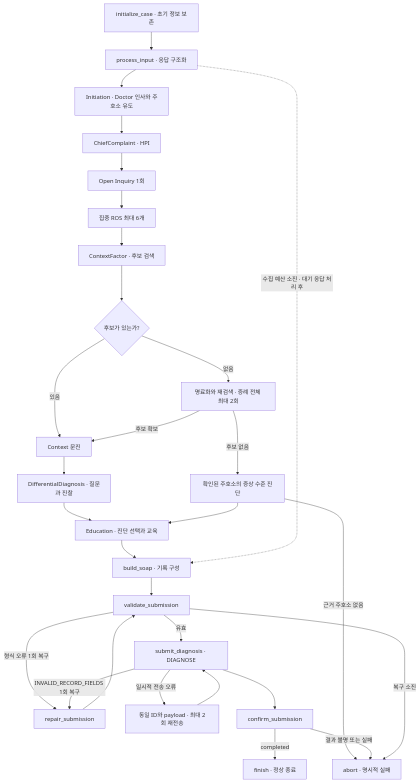
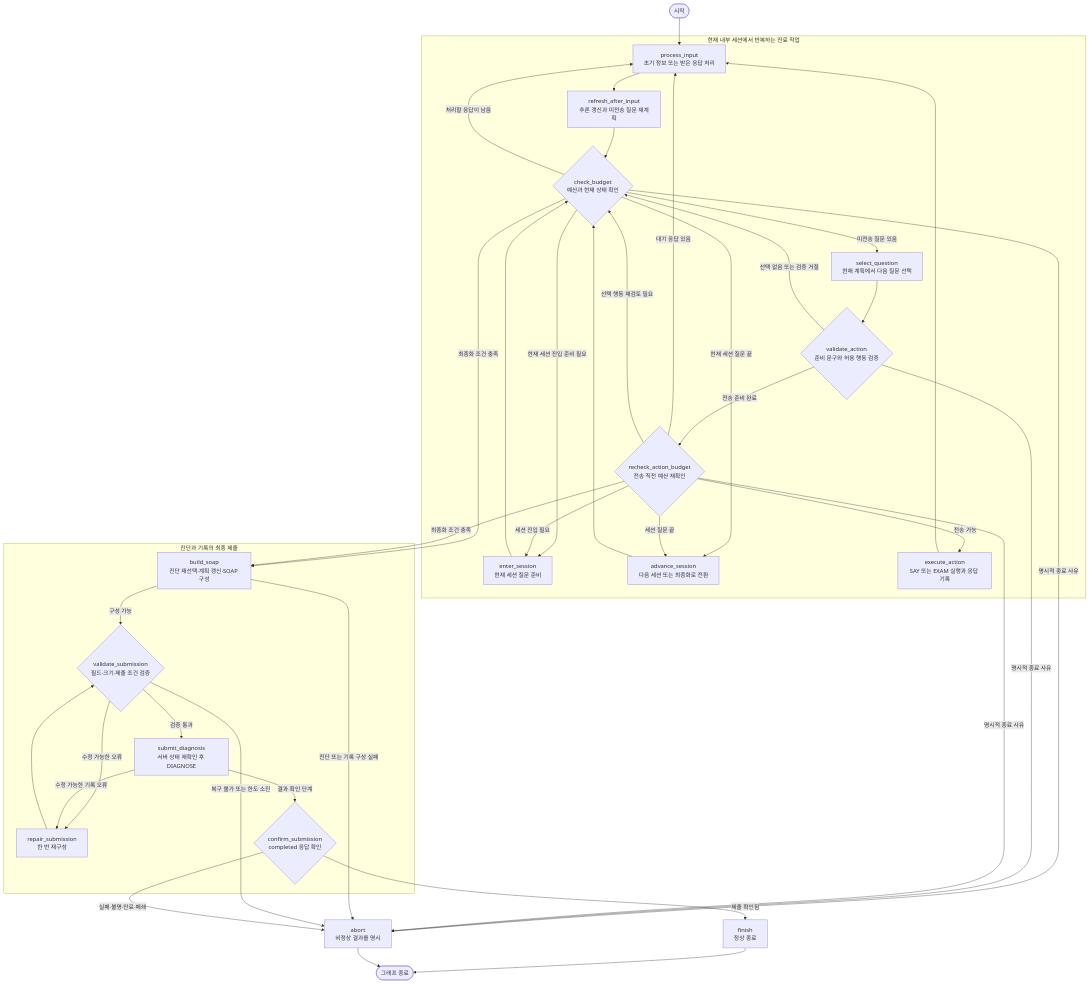
The first of 12 diagrams in submission/README.md (devRestain/Ontoward), drawn with Mermaid before and after one commit. The commit also changed other lines of this file and 475 other files, not shown here.

````diff
--- a/submission/README.md
+++ b/submission/README.md
@@ -36,31 +36,42 @@
 ```mermaid
 flowchart TD
-    INIT["initialize_case · 초기 정보 보존"] --> GATE["process_input · 응답 구조화"]
-    GATE --> HELLO["Initiation · Doctor 인사와 주호소 유도"]
-    HELLO --> HPI["ChiefComplaint · HPI"]
-    HPI --> OPEN["Open Inquiry 1회"]
-    OPEN --> ROS["집중 ROS 최대 6개"]
-    ROS --> SEARCH["ContextFactor · 후보 검색"]
-    SEARCH --> FOUND{"후보가 있는가?"}
-    FOUND -->|있음| CONTEXT["Context 문진"]
-    FOUND -->|없음| CLARIFY["명료화와 재검색 · 증례 전체 최대 2회"]
-    CLARIFY -->|후보 확보| CONTEXT
-    CLARIFY -->|후보 없음| SYMPTOM["확인된 주호소의 증상 수준 진단"]
-    CONTEXT --> DIFF["DifferentialDiagnosis · 질문과 진찰"]
-    DIFF --> EDU["Education · 진단 선택과 교육"]
-    SYMPTOM --> EDU
-    SYMPTOM -->|근거 주호소 없음| ABORT["abort · 명시적 실패"]
-    EDU --> SOAP["build_soap · 기록 구성"]
-    SOAP --> CHECK["validate_submission"]
-    CHECK -->|형식 오류 1회 복구| REPAIR["repair_submission"]
-    REPAIR --> CHECK
-    CHECK -->|유효| SEND["submit_diagnosis · DIAGNOSE"]
-    SEND -->|일시적 전송 오류| RETRY["동일 ID와 payload · 최대 2회 재전송"]
-    RETRY --> SEND
-    SEND --> CONFIRM["confirm_submission"]
-    SEND -->|INVALID_RECORD_FIELDS 1회 복구| REPAIR
-    CONFIRM -->|completed| FINISH["finish · 정상 종료"]
-    CONFIRM -->|결과 불명 또는 실패| ABORT
-    CHECK -->|복구 소진| ABORT
-    GATE -.->|수집 예산 소진 · 대기 응답 처리 후| SOAP
+    START([시작]) --> process_input["process_input<br/>초기 정보 또는 받은 응답 처리"]
+    subgraph Loop["현재 내부 세션에서 반복하는 진료 작업"]
+        process_input --> refresh_after_input["refresh_after_input<br/>추론 갱신과 미전송 질문 재계획"]
+        refresh_after_input --> check_budget{"check_budget<br/>예산과 현재 상태 확인"}
+        check_budget -->|처리할 응답이 남음| process_input
+        check_budget -->|현재 세션 진입 준비 필요| enter_session["enter_session<br/>현재 세션 질문 준비"]
+        enter_session --> check_budget
+        check_budget -->|미전송 질문 있음| select_question["select_question<br/>현재 계획에서 다음 질문 선택"]
+        check_budget -->|현재 세션 질문 끝| advance_session["advance_session<br/>다음 세션 또는 최종화로 전환"]
+        advance_session --> check_budget
+        select_question --> validate_action{"validate_action<br/>준비 문구와 허용 행동 검증"}
+        validate_action -->|선택 없음 또는 검증 거절| check_budget
+        validate_action -->|전송 준비 완료| recheck_action_budget{"recheck_action_budget<br/>전송 직전 예산 재확인"}
+        recheck_action_budget -->|대기 응답 있음| process_input
+        recheck_action_budget -->|세션 진입 필요| enter_session
+        recheck_action_budget -->|세션 질문 끝| advance_session
+        recheck_action_budget -->|선택 행동 재검토 필요| check_budget
+        recheck_action_budget -->|전송 가능| execute_action["execute_action<br/>SAY 또는 EXAM 실행과 응답 기록"]
+        execute_action --> process_input
+    end
+    check_budget -->|최종화 조건 충족| build_soap
+    recheck_action_budget -->|최종화 조건 충족| build_soap
+    subgraph Submission["진단과 기록의 최종 제출"]
+        build_soap["build_soap<br/>진단 재선택·계획 갱신·SOAP 구성"] -->|구성 가능| validate_submission{"validate_submission<br/>필드·크기·제출 조건 검증"}
+        validate_submission -->|수정 가능한 오류| repair_submission["repair_submission<br/>한 번 재구성"]
+        repair_submission --> validate_submission
+        validate_submission -->|검증 통과| submit_diagnosis["submit_diagnosis<br/>서버 상태 재확인 후 DIAGNOSE"]
+        submit_diagnosis -->|수정 가능한 기록 오류| repair_submission
+        submit_diagnosis -->|결과 확인 단계| confirm_submission{"confirm_submission<br/>completed 응답 확인"}
+    end
+    check_budget -->|명시적 종료 사유| abort
+    validate_action -->|명시적 종료 사유| abort
+    recheck_action_budget -->|명시적 종료 사유| abort
+    build_soap -->|진단 또는 기록 구성 실패| abort
+    validate_submission -->|복구 불가 또는 한도 소진| abort
+    confirm_submission -->|제출 확인됨| finish["finish<br/>정상 종료"]
+    confirm_submission -->|실패·불명·만료·폐쇄| abort["abort<br/>비정상 결과를 명시"]
+    finish --> END([그래프 종료])
+    abort --> END
 ```
````
